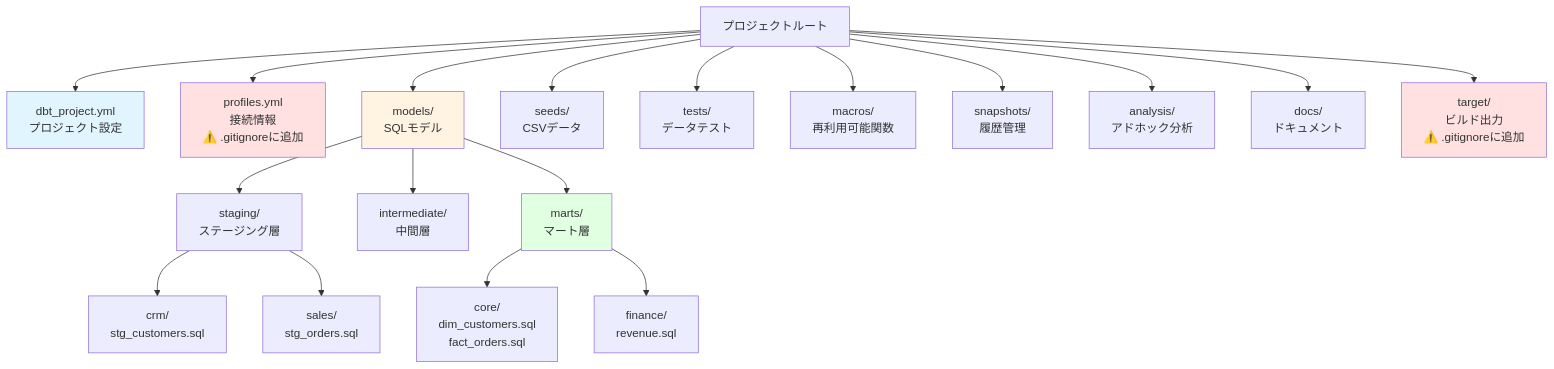
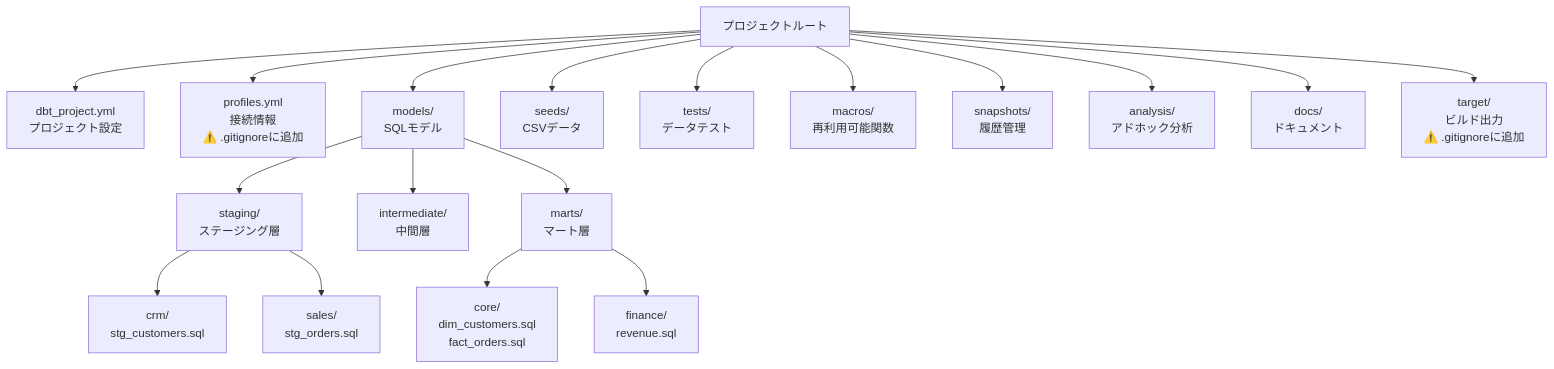
The fourth of 5 diagrams in content/Tech/dbt/categories/project-basic-config.md (1210yuichi0/1210yuichi0.github.io), drawn with Mermaid before and after one commit. The commit also changed other lines of this file and 22 other files, not shown here.

First line of the commit message:
style: remove Mermaid style directives for dark mode compatibility

````diff
--- a/content/Tech/dbt/categories/project-basic-config.md
+++ b/content/Tech/dbt/categories/project-basic-config.md
@@ -917,29 +890,24 @@
 ```mermaid
 graph TD
     Root[プロジェクトルート] --> Config[dbt_project.yml<br/>プロジェクト設定]
     Root --> Profiles[profiles.yml<br/>接続情報<br/>⚠️ .gitignoreに追加]
     Root --> Models[models/<br/>SQLモデル]
     Root --> Seeds[seeds/<br/>CSVデータ]
     Root --> Tests[tests/<br/>データテスト]
     Root --> Macros[macros/<br/>再利用可能関数]
     Root --> Snapshots[snapshots/<br/>履歴管理]
     Root --> Analysis[analysis/<br/>アドホック分析]
     Root --> Docs[docs/<br/>ドキュメント]
     Root --> Target[target/<br/>ビルド出力<br/>⚠️ .gitignoreに追加]
 
     Models --> Staging[staging/<br/>ステージング層]
     Models --> Intermediate[intermediate/<br/>中間層]
     Models --> Marts[marts/<br/>マート層]
 
     Staging --> StagingCRM[crm/<br/>stg_customers.sql]
     Staging --> StagingSales[sales/<br/>stg_orders.sql]
 
     Marts --> MartsCore[core/<br/>dim_customers.sql<br/>fact_orders.sql]
     Marts --> MartsFinance[finance/<br/>revenue.sql]
 
-    style Config fill:#e1f5ff
-    style Profiles fill:#ffe1e1
-    style Models fill:#fff4e1
-    style Marts fill:#e1ffe1
-    style Target fill:#ffe1e1
 ```
````
